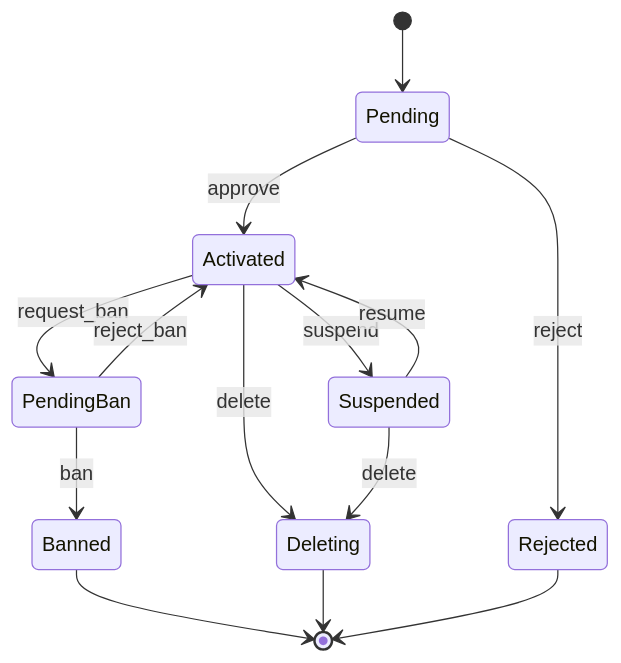
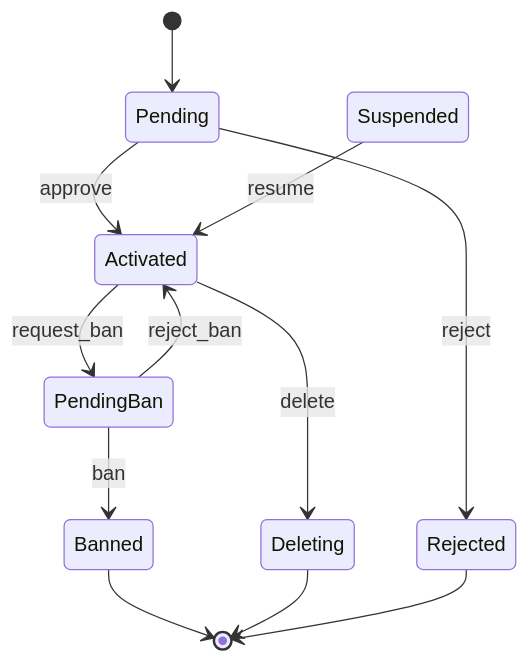
Before and after one commit to malbeclabs/doublezero: the ninth of 10 diagrams in smartcontract/programs/doublezero-serviceability/README.md, drawn with Mermaid. The commit also changed other lines of this file, not shown here.

````diff
--- a/smartcontract/programs/doublezero-serviceability/README.md
+++ b/smartcontract/programs/doublezero-serviceability/README.md
@@ -386,16 +386,14 @@
 ```mermaid
 stateDiagram-v2
     [*] --> Pending
     Pending --> Activated: approve
     Pending --> Rejected: reject
-    Activated --> Suspended: suspend
     Activated --> PendingBan: request_ban
     Activated --> Deleting: delete
     Suspended --> Activated: resume
-    Suspended --> Deleting: delete
     PendingBan --> Banned: ban
     PendingBan --> Activated: reject_ban
     Banned --> [*]
     Deleting --> [*]
     Rejected --> [*]
 ```
````
